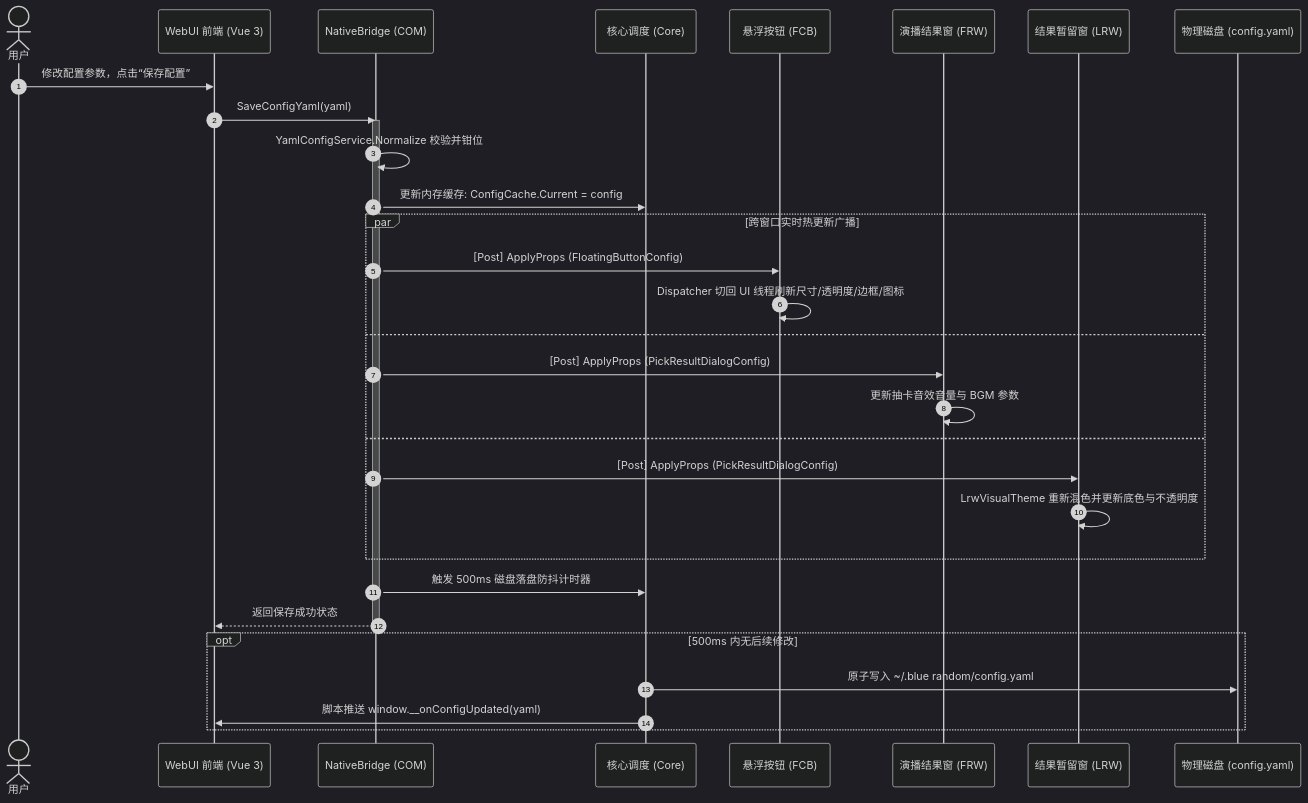
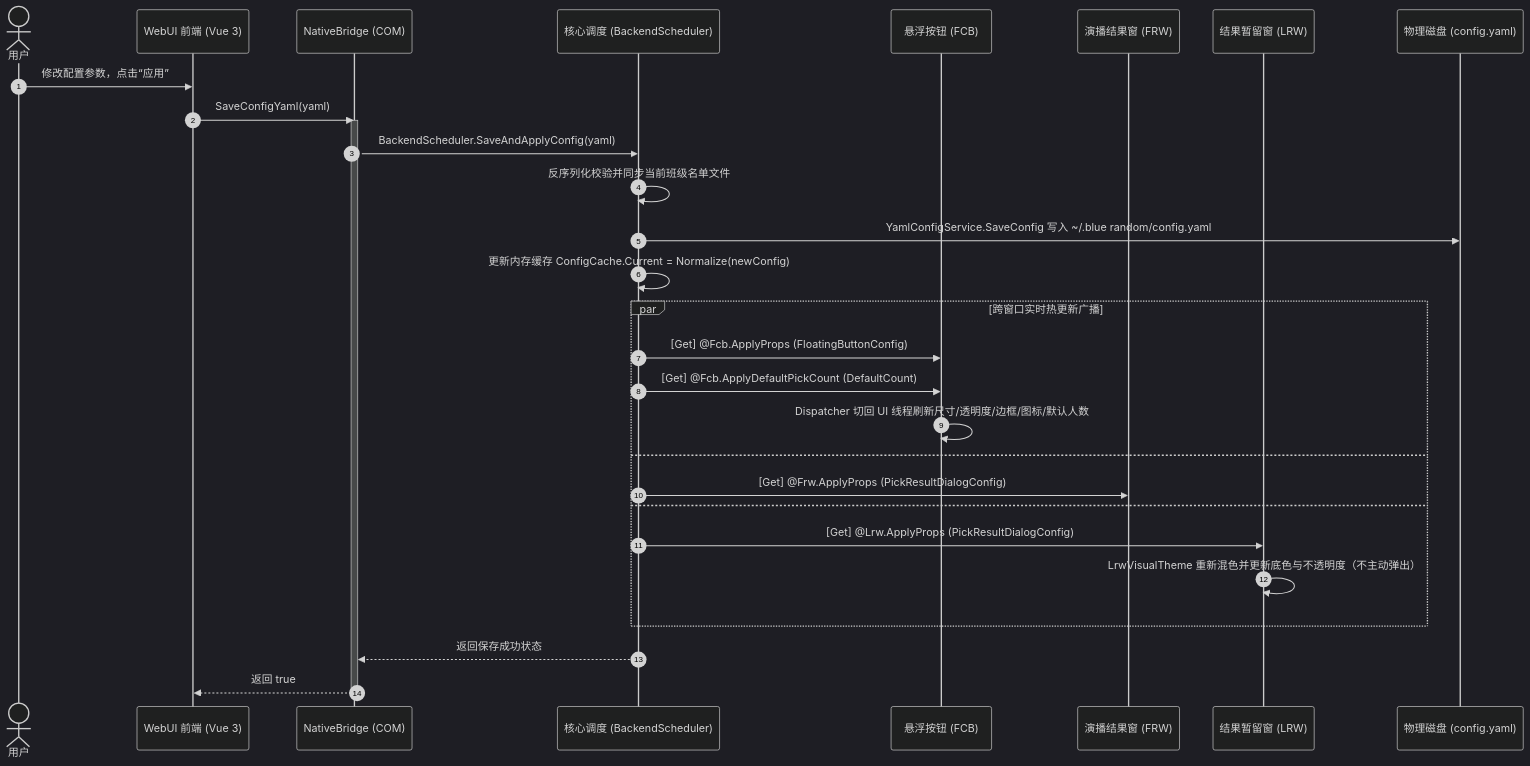
Before and after one commit to Yun-Hydrogen/blue-random: the third of 5 diagrams in agents/Architecture.md, drawn with Mermaid (dark theme). The commit also changed other lines of this file and 31 other files, not shown here.

````diff
--- a/agents/Architecture.md
+++ b/agents/Architecture.md
@@ -187,38 +195,35 @@
 ```mermaid
 sequenceDiagram
     autonumber
     actor User as 用户
     participant WebUI as WebUI 前端 (Vue 3)
     participant Bridge as NativeBridge (COM)
-    participant Core as 核心调度 (Core)
+    participant Core as 核心调度 (BackendScheduler)
     participant FCB as 悬浮按钮 (FCB)
     participant FRW as 演播结果窗 (FRW)
     participant LRW as 结果暂留窗 (LRW)
     participant Disk as 物理磁盘 (config.yaml)
 
-    User->>WebUI: 修改配置参数，点击“保存配置”
+    User->>WebUI: 修改配置参数，点击“应用”
     WebUI->>Bridge: SaveConfigYaml(yaml)
     activate Bridge
-    Bridge->>Bridge: YamlConfigService.Normalize 校验并钳位
-    Bridge->>Core: 更新内存缓存: ConfigCache.Current = config
-    
+    Bridge->>Core: BackendScheduler.SaveAndApplyConfig(yaml)
+    Core->>Core: 反序列化校验并同步当前班级名单文件
+    Core->>Disk: YamlConfigService.SaveConfig 写入 ~/.blue random/config.yaml
+    Core->>Core: 更新内存缓存 ConfigCache.Current = Normalize(newConfig)
+
     par 跨窗口实时热更新广播
-        Bridge->>FCB: [Post] ApplyProps (FloatingButtonConfig)
-        FCB->>FCB: Dispatcher 切回 UI 线程刷新尺寸/透明度/边框/图标
+        Core->>FCB: [Get] @Fcb.ApplyProps (FloatingButtonConfig)
+        Core->>FCB: [Get] @Fcb.ApplyDefaultPickCount (DefaultCount)
+        FCB->>FCB: Dispatcher 切回 UI 线程刷新尺寸/透明度/边框/图标/默认人数
     and
-        Bridge->>FRW: [Post] ApplyProps (PickResultDialogConfig)
-        FRW->>FRW: 更新抽卡音效音量与 BGM 参数
+        Core->>FRW: [Get] @Frw.ApplyProps (PickResultDialogConfig)
     and
-        Bridge->>LRW: [Post] ApplyProps (PickResultDialogConfig)
-        LRW->>LRW: LrwVisualTheme 重新混色并更新底色与不透明度
+        Core->>LRW: [Get] @Lrw.ApplyProps (PickResultDialogConfig)
+        LRW->>LRW: LrwVisualTheme 重新混色并更新底色与不透明度（不主动弹出）
     end
 
-    Bridge->>Core: 触发 500ms 磁盘落盘防抖计时器
-    Bridge-->>WebUI: 返回保存成功状态
+    Core-->>Bridge: 返回保存成功状态
+    Bridge-->>WebUI: 返回 true
     deactivate Bridge
-
-    opt 500ms 内无后续修改
-        Core->>Disk: 原子写入 ~/.blue random/config.yaml
-        Core->>WebUI: 脚本推送 window.__onConfigUpdated(yaml)
-    end
 ```
````
